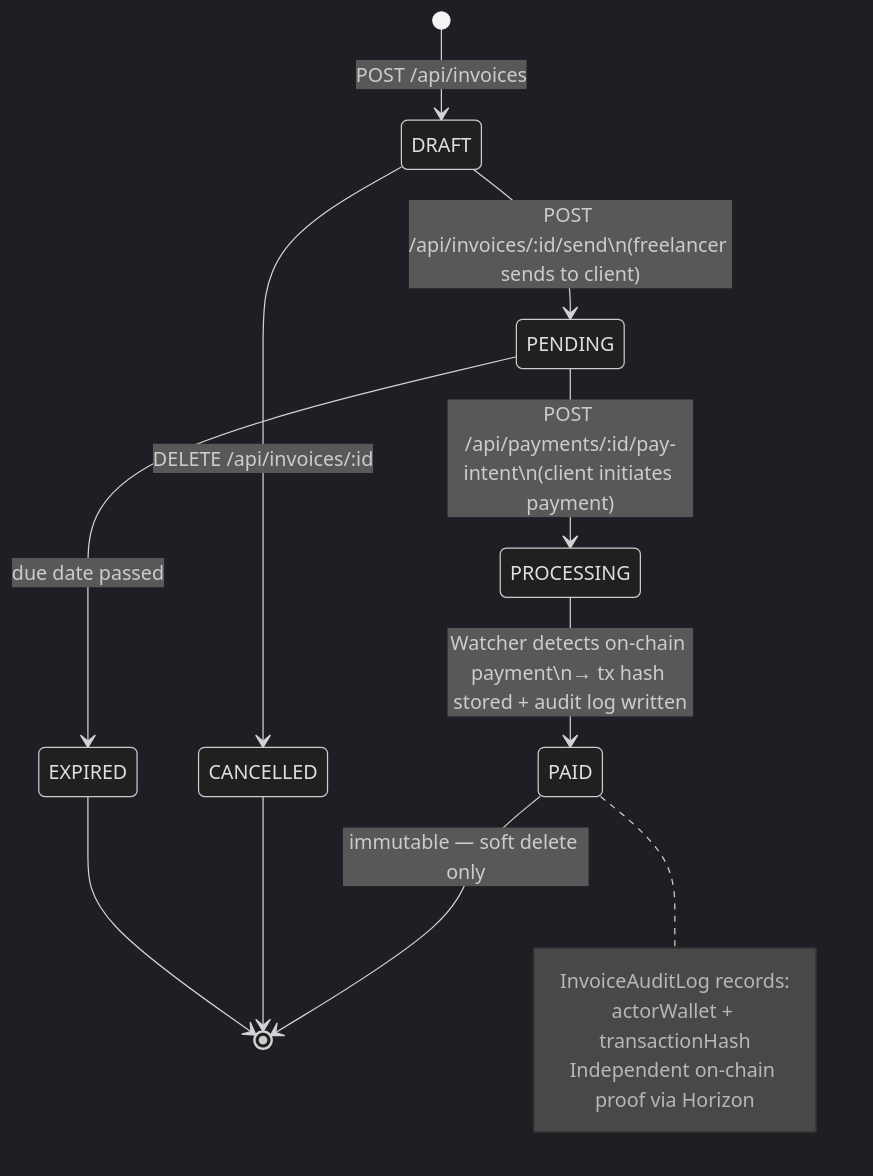
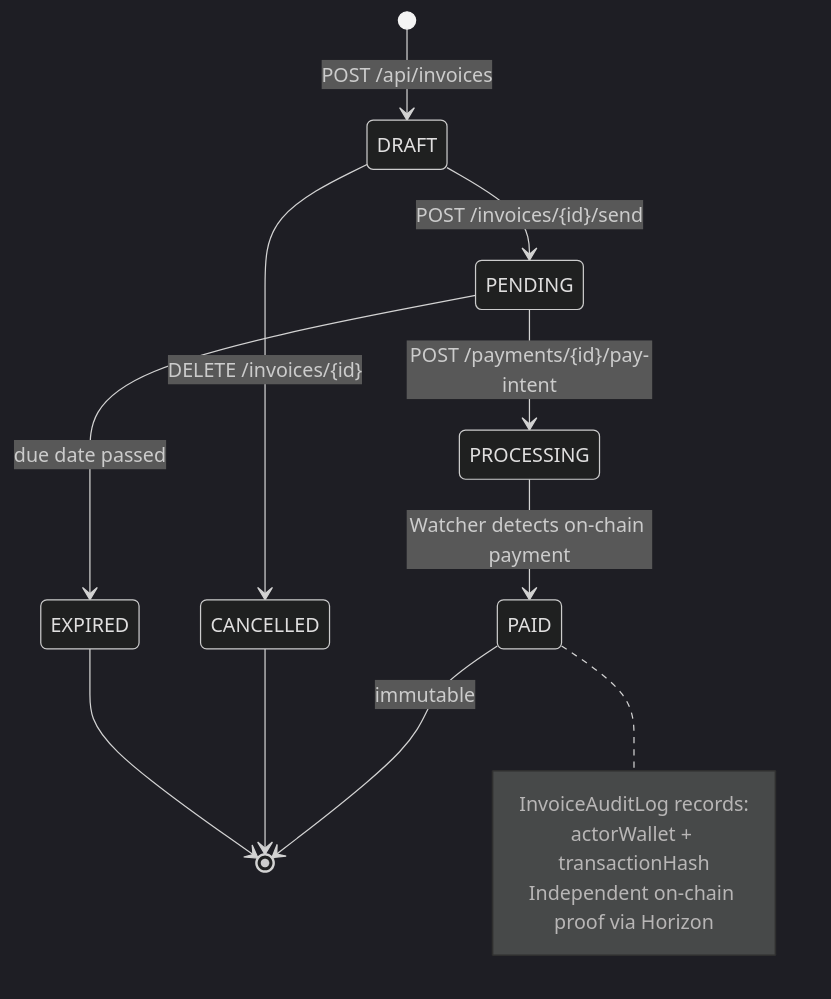
The second of 4 diagrams in README.md (Link2Pay/link2pay-app), drawn with Mermaid (dark theme) before and after one commit. The commit also changed 1 other file, not shown here.

Commit message:
fix: correct stateDiagram labels in README and add Render/Fonts to CSP

````diff
--- a/README.md
+++ b/README.md
@@ -148,22 +148,22 @@
 ```mermaid
 stateDiagram-v2
     [*] --> DRAFT : POST /api/invoices
 
-    DRAFT --> PENDING : POST /api/invoices/:id/send\n(freelancer sends to client)
-    DRAFT --> CANCELLED : DELETE /api/invoices/:id
+    DRAFT --> PENDING : POST /invoices/{id}/send
+    DRAFT --> CANCELLED : DELETE /invoices/{id}
 
-    PENDING --> PROCESSING : POST /api/payments/:id/pay-intent\n(client initiates payment)
+    PENDING --> PROCESSING : POST /payments/{id}/pay-intent
     PENDING --> EXPIRED : due date passed
 
-    PROCESSING --> PAID : Watcher detects on-chain payment\n→ tx hash stored + audit log written
+    PROCESSING --> PAID : Watcher detects on-chain payment
 
-    PAID --> [*] : immutable — soft delete only
+    PAID --> [*] : immutable
     CANCELLED --> [*]
     EXPIRED --> [*]
 
     note right of PAID
         InvoiceAuditLog records:
         actorWallet + transactionHash
         Independent on-chain proof via Horizon
     end note
 ```
````
